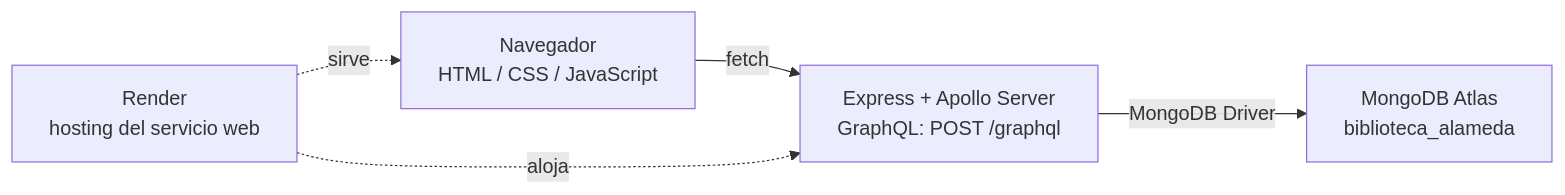
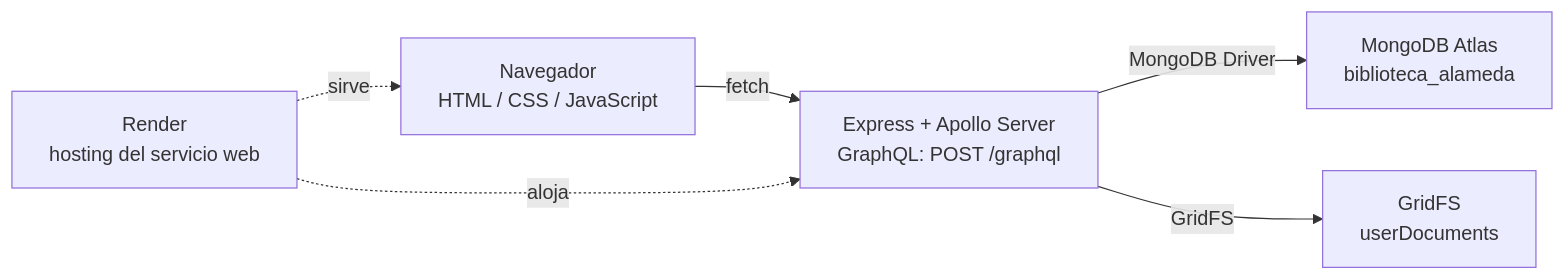
Before and after one commit to Moch236/BibliotecaAlameda: the diagram in README.md, drawn with Mermaid. The commit also changed other lines of this file and 13 other files, not shown here.

````diff
--- a/README.md
+++ b/README.md
@@ -41,12 +43,14 @@
 ```mermaid
 flowchart LR
     Browser["Navegador<br/>HTML / CSS / JavaScript"]
     API["Express + Apollo Server<br/>GraphQL: POST /graphql"]
     DB["MongoDB Atlas<br/>biblioteca_alameda"]
+    Files["GridFS<br/>userDocuments"]
     Render["Render<br/>hosting del servicio web"]
 
     Browser -->|fetch| API
     API -->|MongoDB Driver| DB
+    API -->|GridFS| Files
     Render -. aloja .-> API
     Render -. sirve .-> Browser
 ```
````
